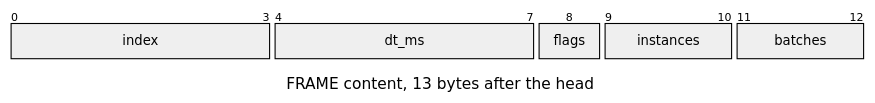
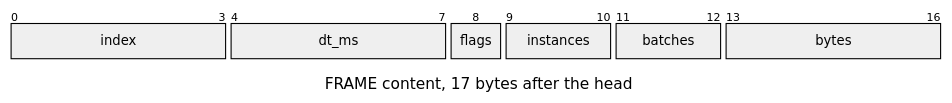
Before and after one commit to jose-villegas/autana: the fourth of 9 diagrams in docs/tools/Frame-Record-Format.md, drawn with Mermaid. The commit also changed other lines of this file and 12 other files, not shown here.

````diff
--- a/docs/tools/Frame-Record-Format.md
+++ b/docs/tools/Frame-Record-Format.md
@@ -87,16 +88,17 @@
 ```mermaid
 ---
 config:
   themeCSS: "g:nth-of-type(2) rect:nth-of-type(1) { fill: #e3e3e3 !important; } g:nth-of-type(2) rect:nth-of-type(2) { fill: #e3e3e3 !important; } g:nth-of-type(2) rect:nth-of-type(3) { fill: #c7aaee !important; } g:nth-of-type(2) rect:nth-of-type(4) { fill: #93d6b0 !important; } g:nth-of-type(2) rect:nth-of-type(5) { fill: #93d6b0 !important; } .packetLabel { fill: #1b1b1b !important; }"
   packet:
-    bitsPerRow: 13
-    bitWidth: 60
+    bitsPerRow: 17
+    bitWidth: 50
 ---
 packet-beta
-title FRAME content, 13 bytes after the head
+title FRAME content, 17 bytes after the head
 0-3: "index"
 4-7: "dt_ms"
 8-8: "flags"
 9-10: "instances"
 11-12: "batches"
+13-16: "bytes"
 ```
````
